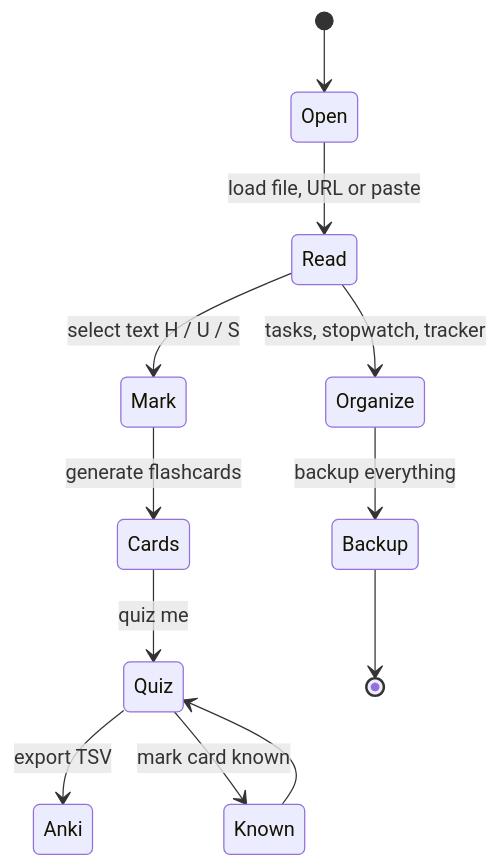
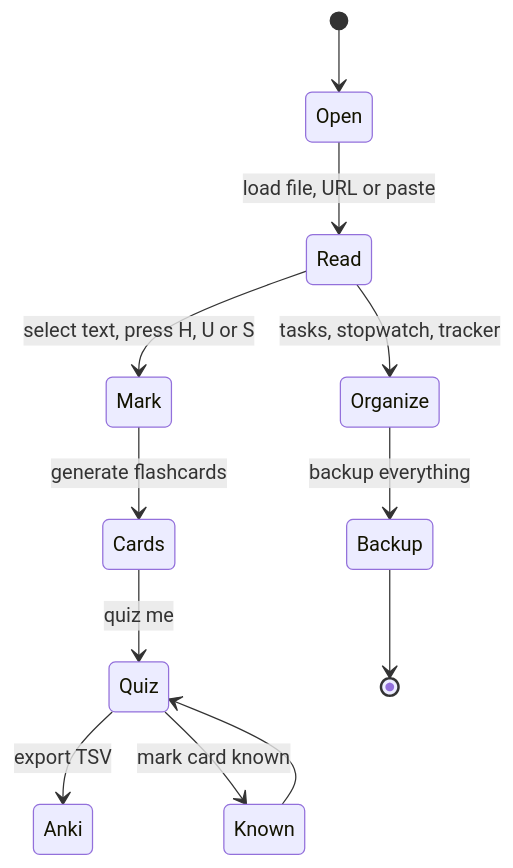
One commit to Ahmedbakr78/heros-markdown changed the fifth of 7 diagrams in README.md. Above: the diagram before and after it, drawn with Mermaid. The commit also changed other lines of this file, not shown here.

Commit message:
Fix roadmap gantt diagram: replace invalid planned tag with crit, quote state labels

````diff
--- a/README.md
+++ b/README.md
@@ -610,14 +610,14 @@
 ```mermaid
 stateDiagram-v2
     [*] --> Open
-    Open --> Read: load file, URL or paste
-    Read --> Mark: select text H / U / S
-    Mark --> Cards: generate flashcards
-    Cards --> Quiz: quiz me
-    Quiz --> Anki: export TSV
-    Quiz --> Known: mark card known
+    Open --> Read : load file, URL or paste
+    Read --> Mark : select text, press H, U or S
+    Mark --> Cards : generate flashcards
+    Cards --> Quiz : quiz me
+    Quiz --> Anki : export TSV
+    Quiz --> Known : mark card known
     Known --> Quiz
-    Read --> Organize: tasks, stopwatch, tracker
-    Organize --> Backup: backup everything
+    Read --> Organize : tasks, stopwatch, tracker
+    Organize --> Backup : backup everything
     Backup --> [*]
 ```
````
